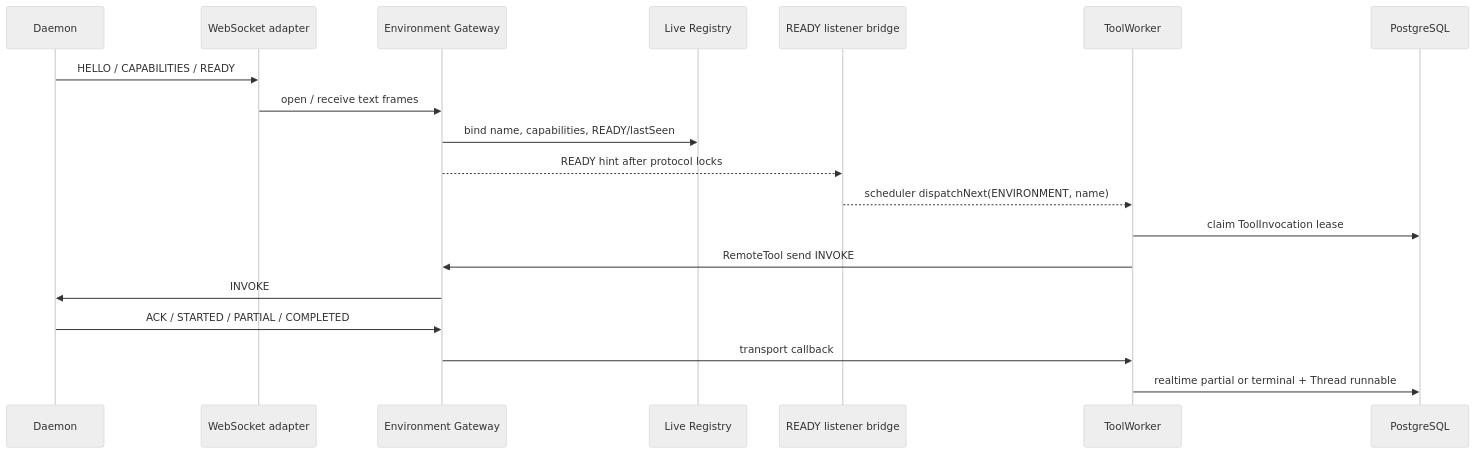
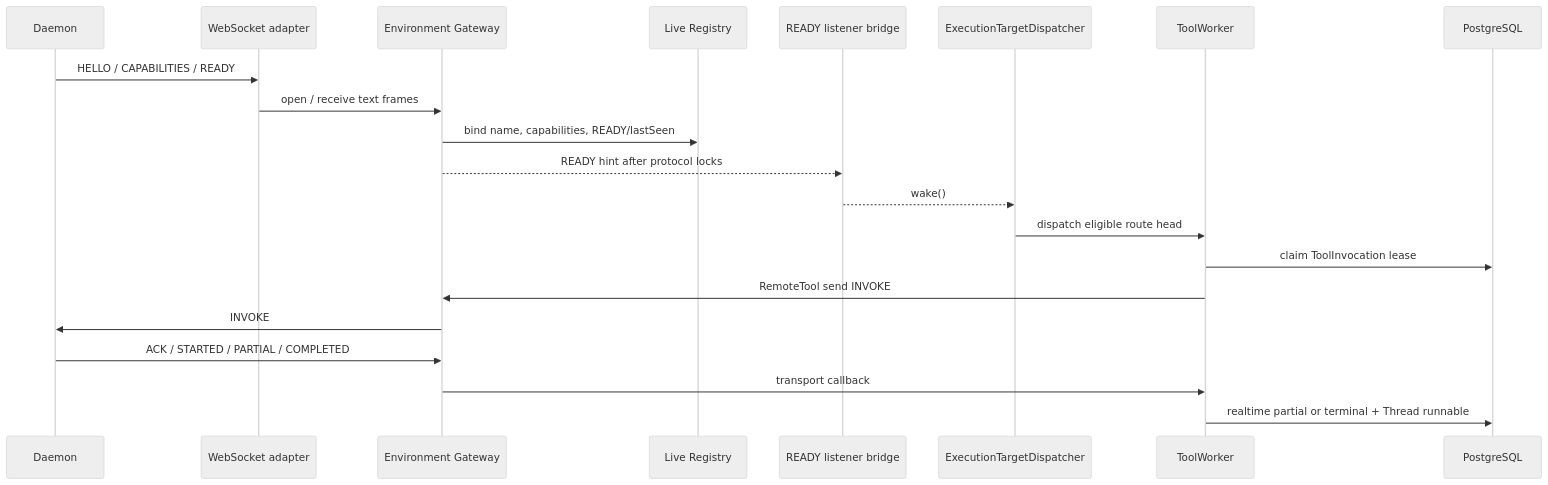
Before and after one commit to fengwk/kk-studio: the diagram in docs/technical-solution/environment-daemon-gateway.md, drawn with Mermaid (neutral theme). The commit also changed other lines of this file and 69 other files, not shown here.

````diff
--- a/docs/technical-solution/environment-daemon-gateway.md
+++ b/docs/technical-solution/environment-daemon-gateway.md
@@ -75,22 +75,24 @@
 ```mermaid
 sequenceDiagram
     participant D as Daemon
     participant W as WebSocket adapter
     participant G as Environment Gateway
     participant R as Live Registry
     participant L as READY listener bridge
+    participant ED as ExecutionTargetDispatcher
     participant TW as ToolWorker
     participant DB as PostgreSQL
 
     D->>W: HELLO / CAPABILITIES / READY
     W->>G: open / receive text frames
     G->>R: bind name, capabilities, READY/lastSeen
     G-->>L: READY hint after protocol locks
-    L-->>TW: scheduler dispatchNext(ENVIRONMENT, name)
+    L-->>ED: wake()
+    ED->>TW: dispatch eligible route head
     TW->>DB: claim ToolInvocation lease
     TW->>G: RemoteTool send INVOKE
     G->>D: INVOKE
     D->>G: ACK / STARTED / PARTIAL / COMPLETED
     G->>TW: transport callback
     TW->>DB: realtime partial or terminal + Thread runnable
 ```
````
